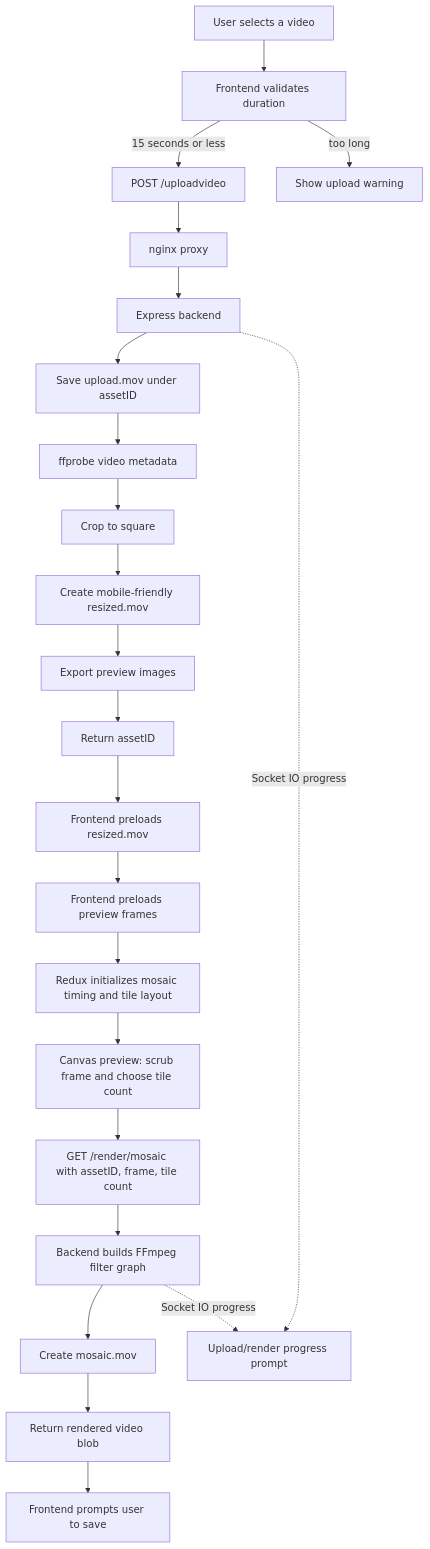
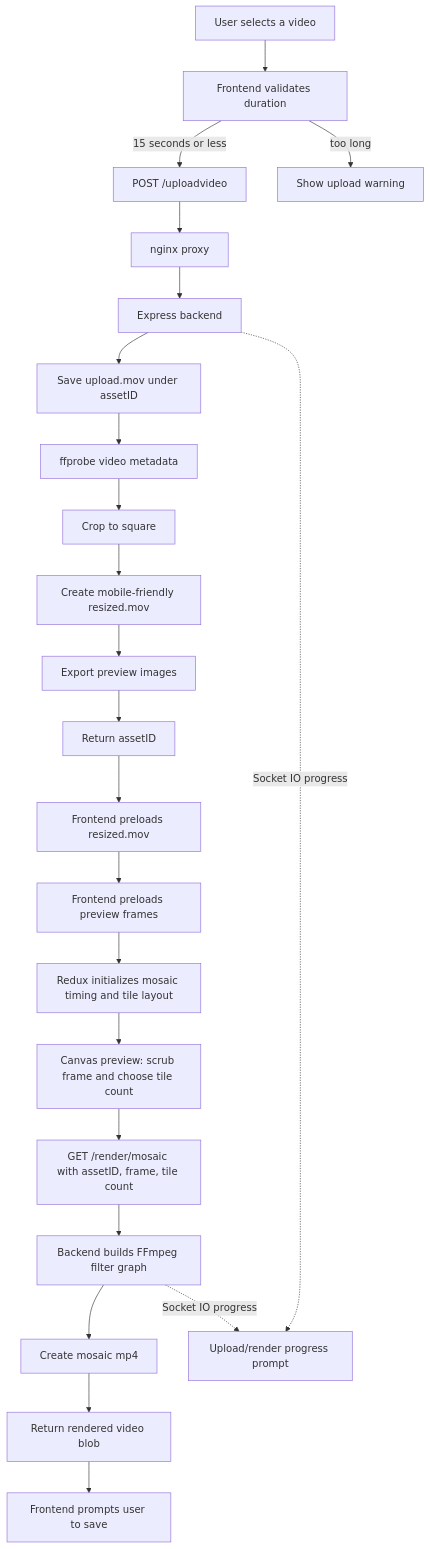
Before and after one commit to patrick-s-young/mosaic.mobi: the diagram in README.md, drawn with Mermaid. The commit also changed other lines of this file and 23 other files, not shown here.

````diff
--- a/README.md
+++ b/README.md
@@ -18,29 +18,29 @@
 ```mermaid
 flowchart TD
     User[User selects a video] --> Validate[Frontend validates duration]
     Validate -->|15 seconds or less| Upload[POST /uploadvideo]
     Validate -->|too long| TooLong[Show upload warning]
 
     Upload --> Proxy[nginx proxy]
     Proxy --> Backend[Express backend]
     Backend --> Store[Save upload.mov under assetID]
     Store --> Probe[ffprobe video metadata]
     Probe --> Crop[Crop to square]
     Crop --> Resize[Create mobile-friendly resized.mov]
     Resize --> Frames[Export preview images]
     Frames --> AssetID[Return assetID]
 
     AssetID --> PreloadVideo[Frontend preloads resized.mov]
     PreloadVideo --> PreloadFrames[Frontend preloads preview frames]
     PreloadFrames --> InitMosaic[Redux initializes mosaic timing and tile layout]
     InitMosaic --> Edit[Canvas preview: scrub frame and choose tile count]
 
     Edit --> RenderRequest[GET /render/mosaic with assetID, frame, tile count]
     RenderRequest --> RenderFFmpeg[Backend builds FFmpeg filter graph]
-    RenderFFmpeg --> FinalMovie[Create mosaic.mov]
+    RenderFFmpeg --> FinalMovie[Create mosaic mp4]
     FinalMovie --> DownloadBlob[Return rendered video blob]
     DownloadBlob --> Save[Frontend prompts user to save]
 
     Backend -.->|Socket IO progress| Progress[Upload/render progress prompt]
     RenderFFmpeg -.->|Socket IO progress| Progress
 ```
````
